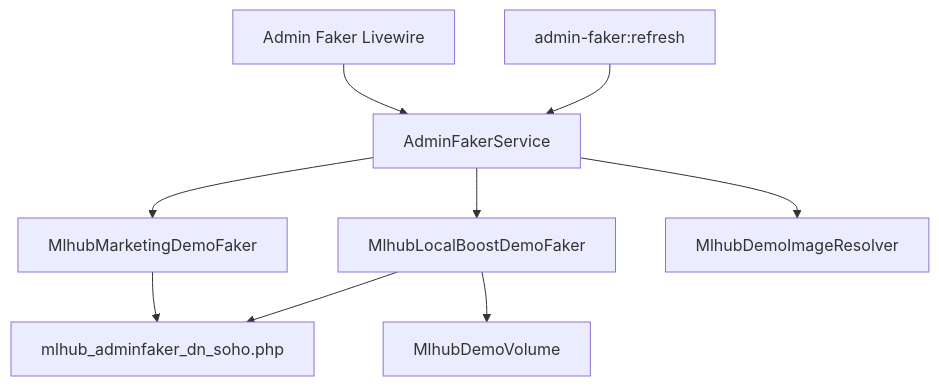
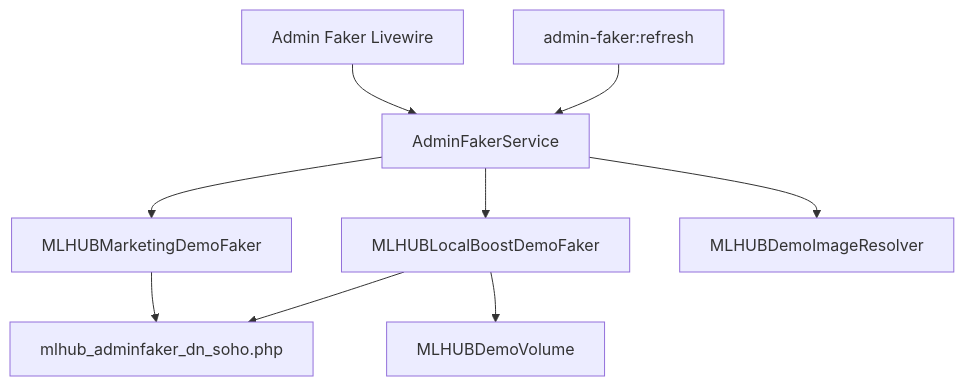
Before and after one commit to mlhubvn/marketing-local-hub-22052026: the diagram in ARCHITECTURE_ADMINFAKER.md, drawn with Mermaid. The commit also changed other lines of this file and 16 other files, not shown here.

````diff
--- a/ARCHITECTURE_ADMINFAKER.md
+++ b/ARCHITECTURE_ADMINFAKER.md
@@ -53,20 +55,20 @@
 ```mermaid
 flowchart TB
     CMD[admin-faker:refresh]
     UI[Admin Faker Livewire]
     SVC[AdminFakerService]
-    LB[MlhubLocalBoostDemoFaker]
-    MK[MlhubMarketingDemoFaker]
+    LB[MLHUBLocalBoostDemoFaker]
+    MK[MLHUBMarketingDemoFaker]
     CFG[mlhub_adminfaker_dn_soho.php]
-    VOL[MlhubDemoVolume]
-    IMG[MlhubDemoImageResolver]
+    VOL[MLHUBDemoVolume]
+    IMG[MLHUBDemoImageResolver]
 
     CMD --> SVC
     UI --> SVC
     SVC --> LB
     SVC --> MK
     SVC --> IMG
     LB --> CFG
     LB --> VOL
     MK --> CFG
 ```
````
